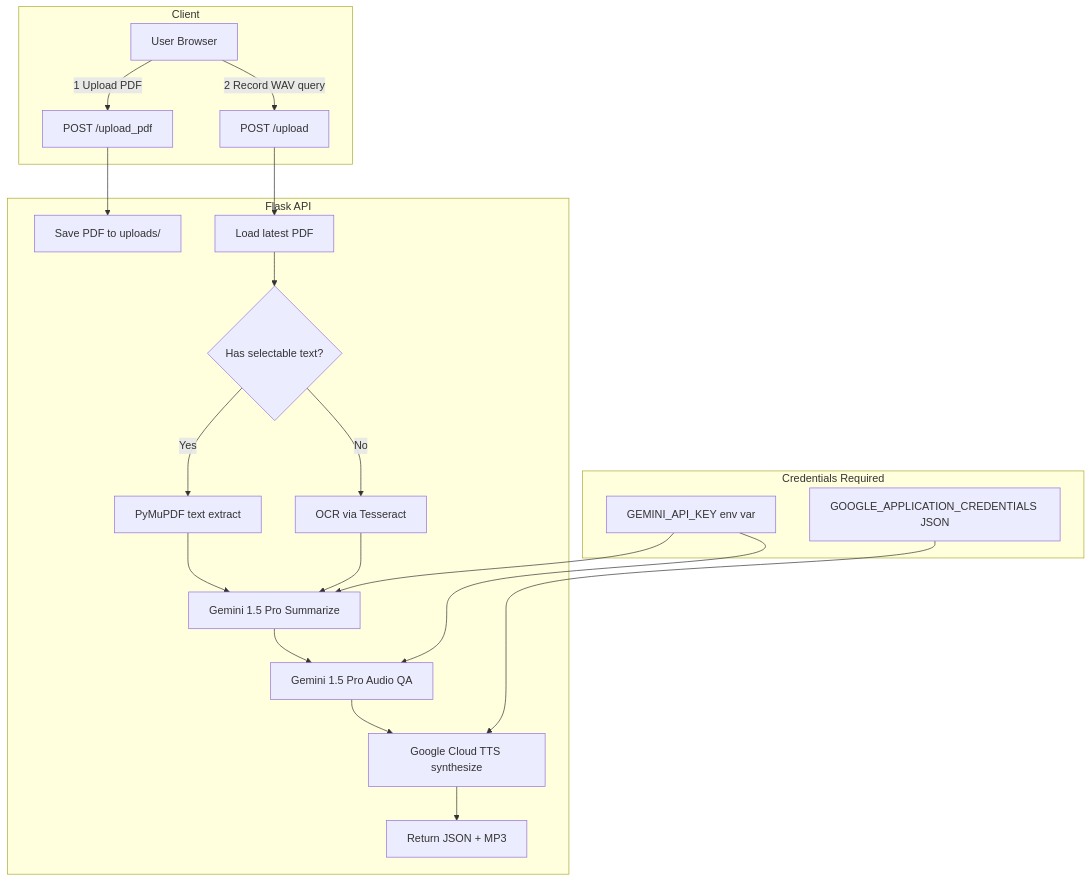
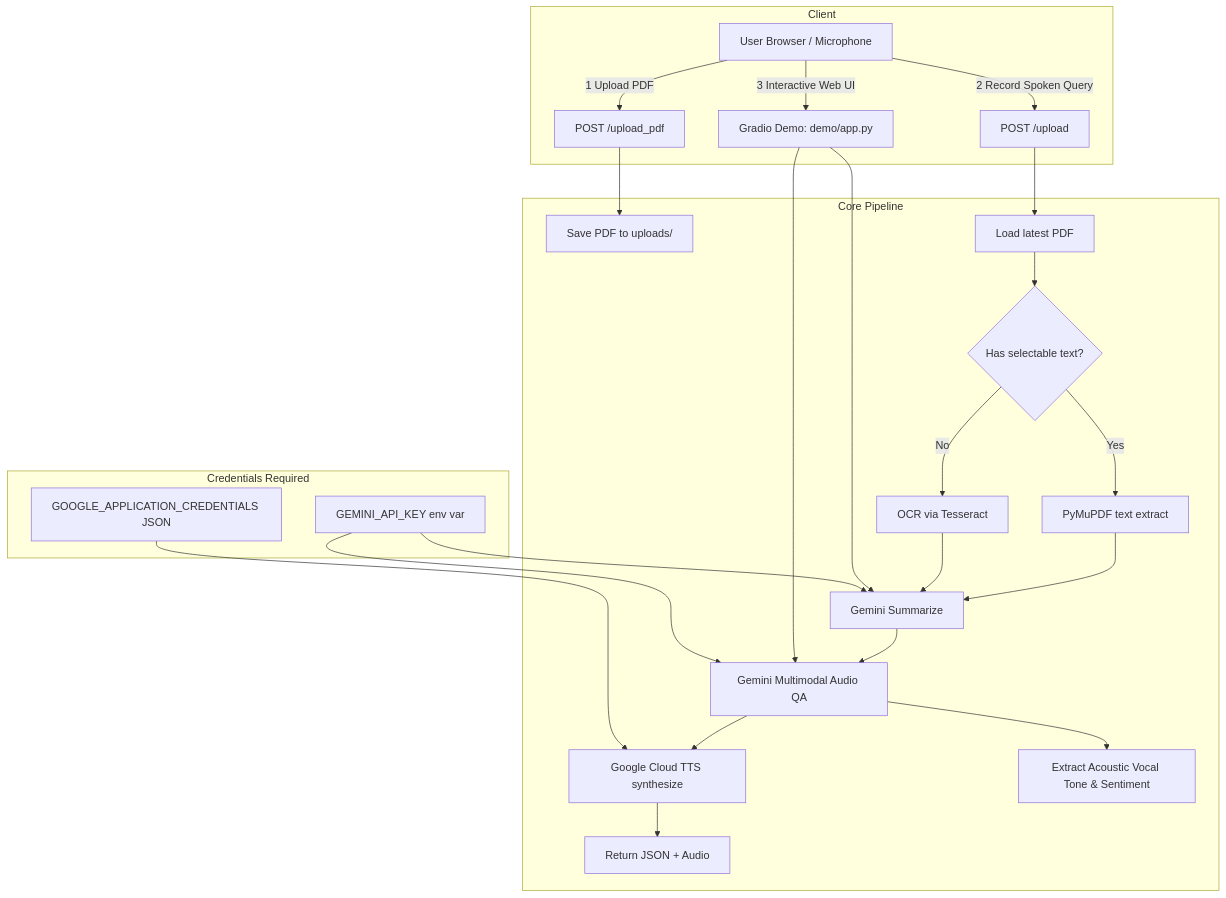
Before and after one commit to HiteshReddy2002/speech-and-text-conversion-sentimentanalysis-api: the diagram in README.md, drawn with Mermaid. The commit also changed other lines of this file, not shown here.

Commit message:
docs: add live Hugging Face Space badge and Gradio microphone demo instructions

````diff
--- a/README.md
+++ b/README.md
@@ -26,27 +41,31 @@
 ```mermaid
 flowchart TD
     subgraph Client
-        U[User Browser] -->|1 Upload PDF| A[POST /upload_pdf]
-        U -->|2 Record WAV query| B[POST /upload]
+        U[User Browser / Microphone] -->|1 Upload PDF| A[POST /upload_pdf]
+        U -->|2 Record Spoken Query| B[POST /upload]
+        U -->|3 Interactive Web UI| G_DEMO[Gradio Demo: demo/app.py]
     end
 
-    subgraph Flask API
+    subgraph Core Pipeline
         A --> C[Save PDF to uploads/]
         B --> D[Load latest PDF]
         D --> E{Has selectable text?}
         E -->|Yes| F[PyMuPDF text extract]
         E -->|No| G[OCR via Tesseract]
-        F & G --> H[Gemini 1.5 Pro Summarize]
-        H --> I[Gemini 1.5 Pro Audio QA]
+        F & G --> H[Gemini Summarize]
+        H --> I[Gemini Multimodal Audio QA]
         I --> J[Google Cloud TTS synthesize]
-        J --> K[Return JSON + MP3]
+        I --> K_SENT[Extract Acoustic Vocal Tone & Sentiment]
+        J --> K[Return JSON + Audio]
+        G_DEMO --> H
+        G_DEMO --> I
     end
 
     subgraph Credentials Required
         L[GEMINI_API_KEY env var]
         M[GOOGLE_APPLICATION_CREDENTIALS JSON]
         L --> H
         L --> I
         M --> J
     end
 ```
````
